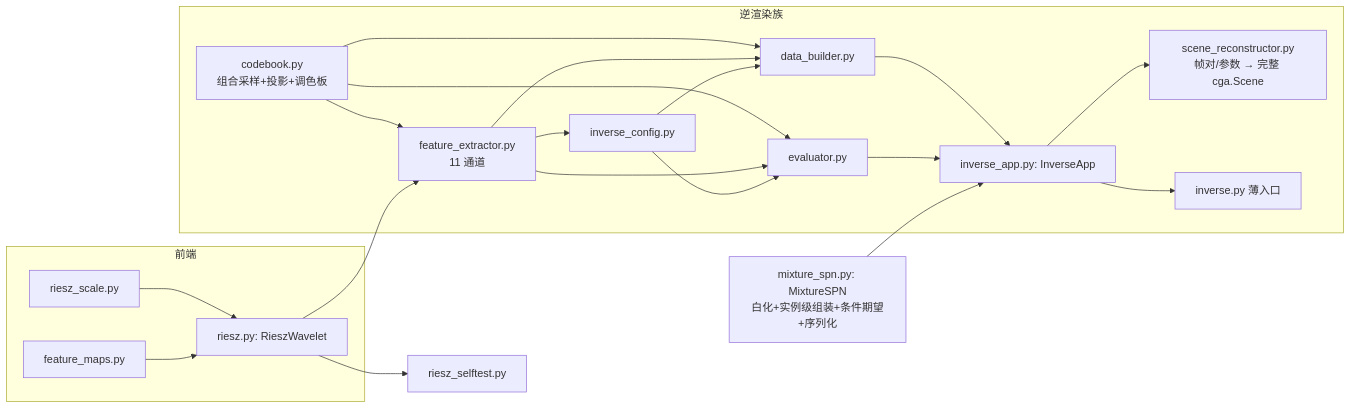
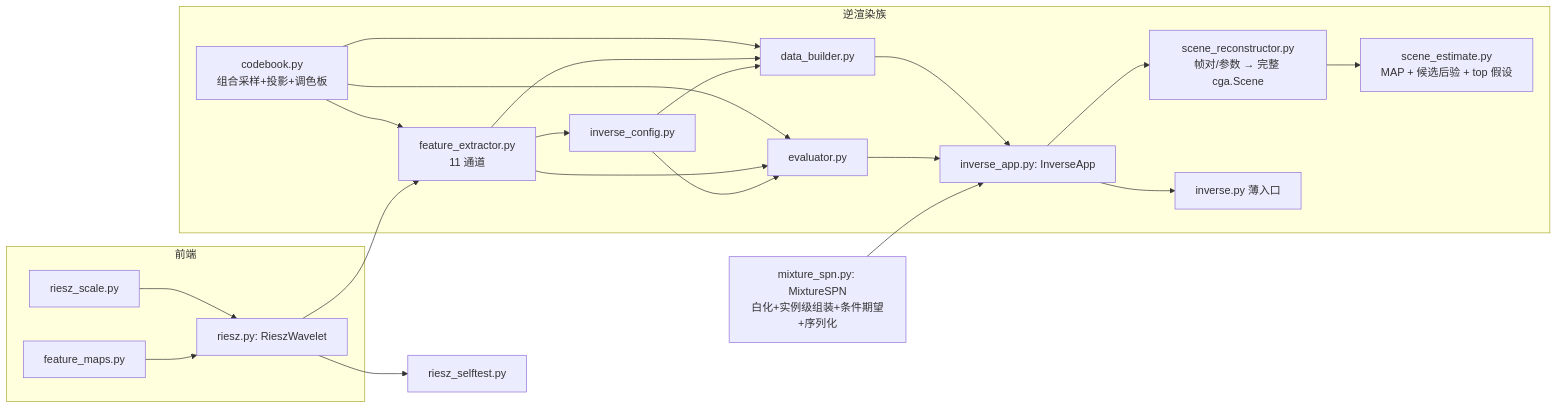
Before and after one commit to aki-xavier/conger: the fourth of 5 diagrams in docs/architecture.md, drawn with Mermaid. The commit also changed other lines of this file and 8 other files, not shown here.

````diff
--- a/docs/architecture.md
+++ b/docs/architecture.md
@@ -96,16 +113,17 @@
 ```mermaid
 flowchart LR
     subgraph CORE["逆渲染族"]
         CBK["codebook.py<br/>组合采样+投影+调色板"] --> FEX["feature_extractor.py<br/>11 通道"] --> DCFG["inverse_config.py"]
         CBK & FEX & DCFG --> DB["data_builder.py"] & EV["evaluator.py"]
         DB & EV --> APP["inverse_app.py: InverseApp"]
         APP --> REC["scene_reconstructor.py<br/>帧对/参数 → 完整 cga.Scene"]
+        REC --> EST["scene_estimate.py<br/>MAP + 候选后验 + top 假设"]
         APP --> ENTRY["inverse.py 薄入口"]
     end
     subgraph FRONT["前端"]
         RS["riesz_scale.py"] & FM["feature_maps.py"] --> RW["riesz.py: RieszWavelet"]
         RW --> FEX
     end
     MSP["mixture_spn.py: MixtureSPN<br/>白化+实例级组装+条件期望+序列化"] --> APP
     RW --> ST["riesz_selftest.py"]
 ```
````
